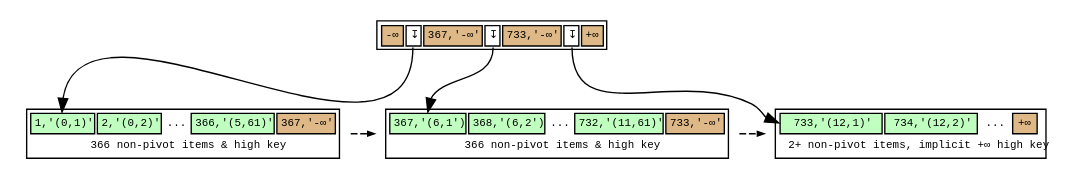
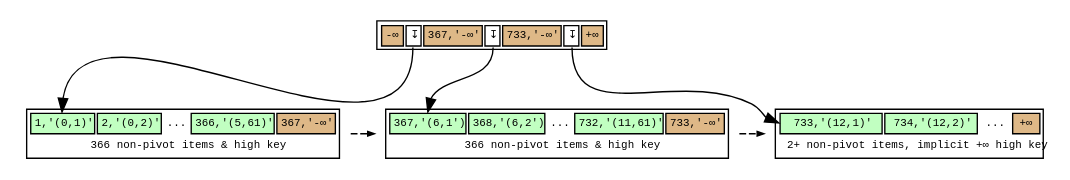
The diagram in postgres-real-btree.dot (petergeoghegan/pg_query_internals), drawn with Graphviz before and after one commit.

```diff
--- a/postgres-real-btree.dot
+++ b/postgres-real-btree.dot
@@ -1,88 +1,88 @@
 // Example B-Tree graph
 //
 // Breadth-first order
 //
 // Start from root, go left to right
 //
 // Workflow:
 //
 // $ dot -T svg btree.dot -o btree.svg;
 
 digraph nbtree {
 graph [fontname = "monospace"];
 node [shape = none,height=.1,fontname = "monospace",fontsize=8];
 // Level 1 (root level)
 // Downlinks + highkey:
 rootnode[ label=<<table>
                     <tr>
                         <td bgcolor='burlywood' port="s0">-&infin;</td>
                         <td bgcolor='white' port="d0">&#8615;</td>
                         <td bgcolor='burlywood' port="s1">367,'-&infin;'</td>
                         <td bgcolor='white' port="d1">&#8615;</td>
                         <td bgcolor='burlywood' port="s2">733,'-&infin;'</td>
                         <td bgcolor='white' port="d2">&#8615;</td>
                         <td bgcolor='burlywood' port="hk">+&infin;</td>
                     </tr>
                 </table>
                >
         ];
 // Downlink arrows to children:
 "rootnode":d0 -> "leafnode_1":t0
 "rootnode":d1 -> "leafnode_2":t0
 "rootnode":d2 -> "leafnode_3":t0
 
 // sibling pointer:
 // (None)
 
 
 // Level 0 (leaf level)
 leafnode_1[ label=<<table>
                     <tr>
                         <td bgcolor='darkseagreen1' port="t0">1,'(0,1)'</td>
                         <td bgcolor='darkseagreen1' port="t1">2,'(0,2)'</td>
                         <td border="0" bgcolor='white' port="t2">...</td>
                         <td bgcolor='darkseagreen1' port="t1">366,'(5,61)'</td>
                         <td bgcolor='burlywood' port="hk">367,'-&infin;'</td>
                     </tr>
                     <tr>
                         <td colspan="5" border="0" bgcolor='white'>366 non-pivot items &amp; high key</td>
                     </tr>
                 </table>
                >
         ];
 // sibling pointer:
 "leafnode_1" -> "leafnode_2"[constraint=false,color=black,style=dashed,arrowsize=0.5]
 leafnode_2[ label=<<table>
                     <tr>
                         <td bgcolor='darkseagreen1' port="t0">367,'(6,1')</td>
                         <td bgcolor='darkseagreen1' port="t1">368,'(6,2')</td>
                         <td border="0" bgcolor='white' port="t2">...</td>
-                        <td bgcolor='darkseagreen1' port="t1">732,'(11,61)'</td>
+                        <td bgcolor='darkseagreen1' port="t3">732,'(11,61)'</td>
                         <td bgcolor='burlywood' port="hk">733,'-&infin;'</td>
                     </tr>
                     <tr>
                         <td colspan="5" border="0" bgcolor='white'>366 non-pivot items &amp; high key</td>
                     </tr>
                 </table>
                >
         ];
 // sibling pointer:
 "leafnode_2" -> "leafnode_3"[constraint=false,color=black,style=dashed,arrowsize=0.5]
 leafnode_3[ label=<<table>
                     <tr>
                         <td bgcolor='darkseagreen1' port="t0">733,'(12,1)'</td>
                         <td bgcolor='darkseagreen1' port="t1">734,'(12,2)'</td>
                         <td border="0" bgcolor='white' port="t2">...</td>
                         <td bgcolor='burlywood' port="hk">+&infin;</td>
                     </tr>
                     <tr>
-                        <td colspan="5" border="0" bgcolor='white'>2+ non-pivot items, implicit +&infin; high key</td>
+                        <td colspan="4" border="0" bgcolor='white'>2+ non-pivot items, implicit +&infin; high key</td>
                     </tr>
                 </table>
                >
         ];
 
 //Force alignment from root to internal to leaf levels:
 edge[style=invis];
 "rootnode":d1 -> "leafnode_2":t2
 }
```
